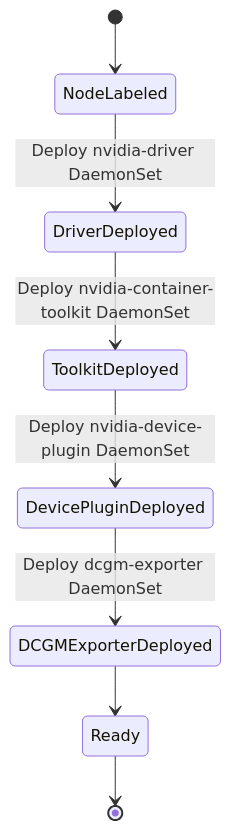
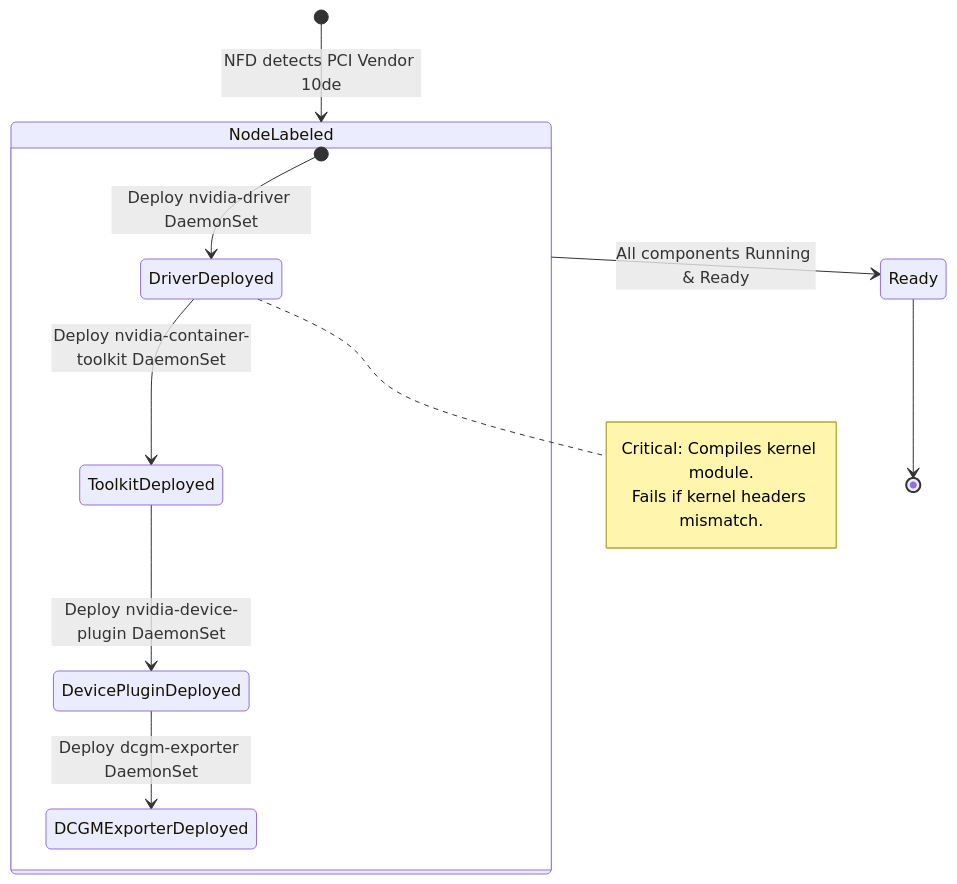
One commit to jithinpnjm/nvidia-devops changed the third of 4 diagrams in docs/volume-04/02-gpu-software-operator-masterclass.md. Above: the diagram before and after it, drawn with Mermaid. The commit also changed other lines of this file and 110 other files, not shown here.

Commit message:
docs(volume-1-10): complete second-pass refinement of formatting, visual diagrams, and code snippets

````diff
--- a/docs/volume-04/02-gpu-software-operator-masterclass.md
+++ b/docs/volume-04/02-gpu-software-operator-masterclass.md
@@ -297,10 +320,20 @@
 ```mermaid
 stateDiagram-v2
-    [*] --> NodeLabeled
-    NodeLabeled --> DriverDeployed: Deploy nvidia-driver DaemonSet
-    DriverDeployed --> ToolkitDeployed: Deploy nvidia-container-toolkit DaemonSet
-    ToolkitDeployed --> DevicePluginDeployed: Deploy nvidia-device-plugin DaemonSet
-    DevicePluginDeployed --> DCGMExporterDeployed: Deploy dcgm-exporter DaemonSet
-    DCGMExporterDeployed --> Ready
+    direction TB
+    [*] --> NodeLabeled : NFD detects PCI Vendor 10de
+    
+    state NodeLabeled {
+        [*] --> DriverDeployed : Deploy nvidia-driver DaemonSet
+        DriverDeployed --> ToolkitDeployed : Deploy nvidia-container-toolkit DaemonSet
+        ToolkitDeployed --> DevicePluginDeployed : Deploy nvidia-device-plugin DaemonSet
+        DevicePluginDeployed --> DCGMExporterDeployed : Deploy dcgm-exporter DaemonSet
+    }
+    
+    NodeLabeled --> Ready : All components Running & Ready
     Ready --> [*]
+    
+    note right of DriverDeployed
+      Critical: Compiles kernel module.
+      Fails if kernel headers mismatch.
+    end note
 ```
````
